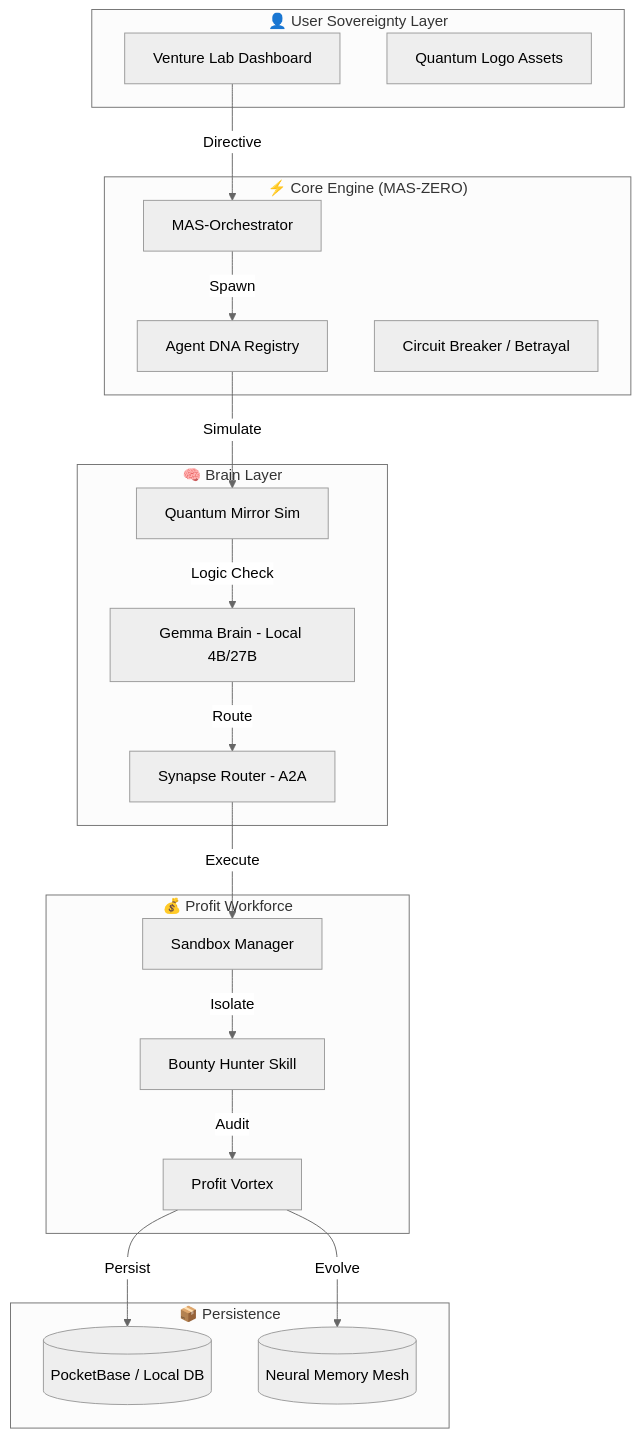
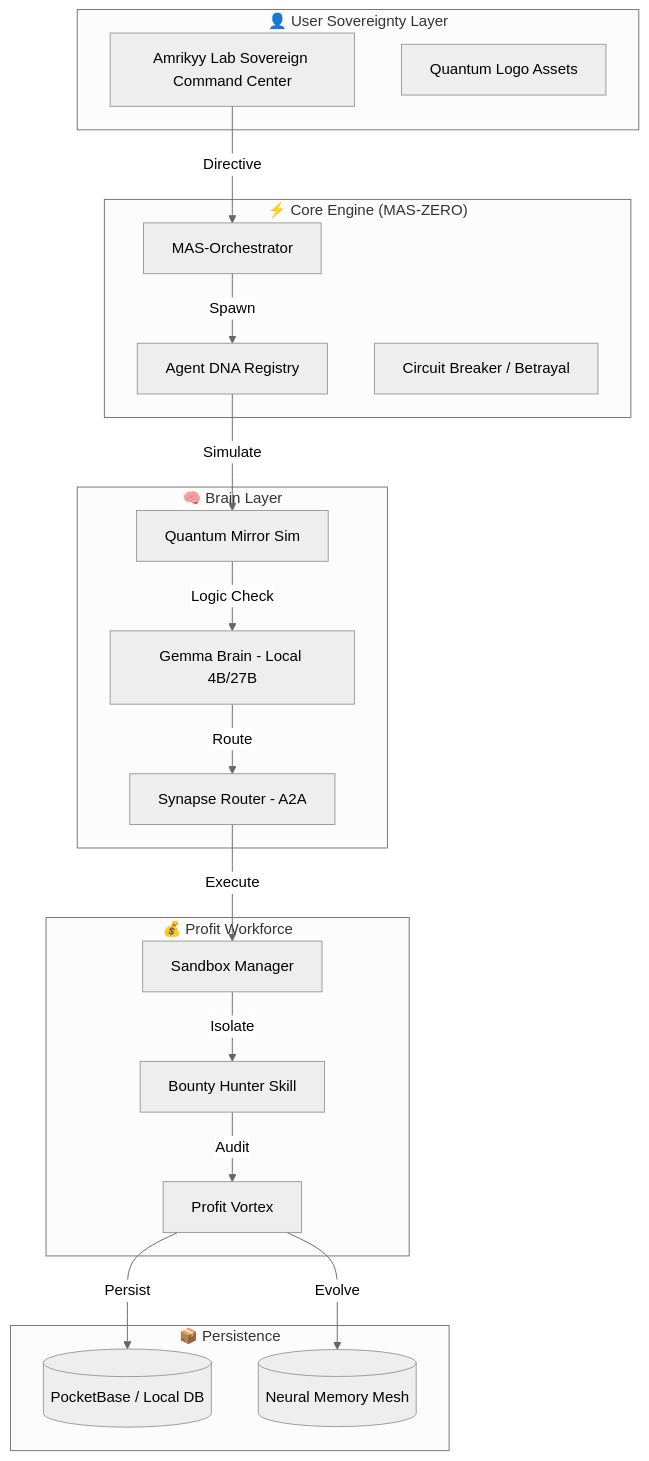
One commit to AIX-Format/PiWorker-OS changed the diagram in README.md. Above: the diagram before and after it, drawn with Mermaid (neutral theme). The commit also changed other lines of this file and 11 other files, not shown here.

Commit message:
style: deploy Amrikyy Lab high-fidelity branding assets and documentation

````diff
--- a/README.md
+++ b/README.md
@@ -137,41 +147,41 @@
 ```mermaid
 graph TB
     subgraph User["👤 User Sovereignty Layer"]
-        UI[Venture Lab Dashboard]
+        UI[Amrikyy Lab Sovereign Command Center]
         Logo[Quantum Logo Assets]
     end
 
     subgraph Kernel["⚡ Core Engine (MAS-ZERO)"]
         CK[MAS-Orchestrator]
         DNA[Agent DNA Registry]
         CB[Circuit Breaker / Betrayal]
     end
 
     subgraph Intelligence["🧠 Brain Layer"]
         QM[Quantum Mirror Sim]
         GB[Gemma Brain - Local 4B/27B]
         SR[Synapse Router - A2A]
     end
 
     subgraph Execution["💰 Profit Workforce"]
         PV[Profit Vortex]
         SM[Sandbox Manager]
         BH[Bounty Hunter Skill]
     end
 
     subgraph Storage["📦 Persistence"]
         PB[(PocketBase / Local DB)]
         MEM[(Neural Memory Mesh)]
     end
 
     UI -->|Directive| CK
     CK -->|Spawn| DNA
     DNA -->|Simulate| QM
     QM -->|Logic Check| GB
     GB -->|Route| SR
     SR -->|Execute| SM
     SM -->|Isolate| BH
     BH -->|Audit| PV
     PV -->|Persist| PB
     PV -->|Evolve| MEM
 ```
````
